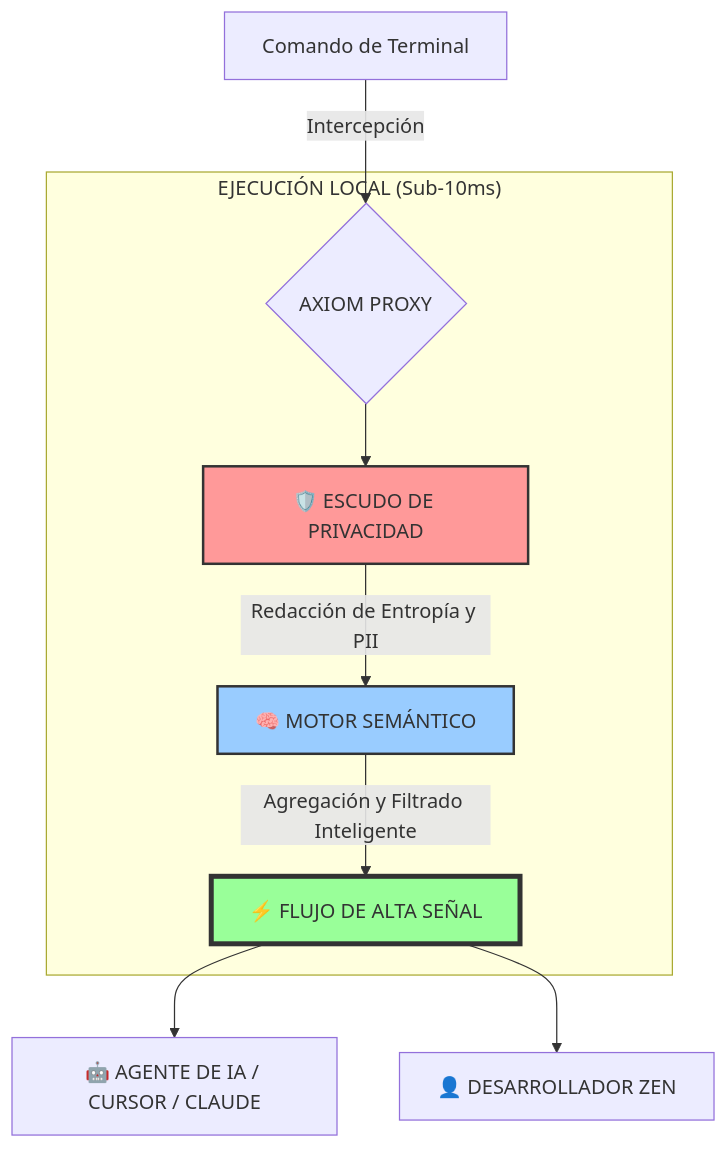
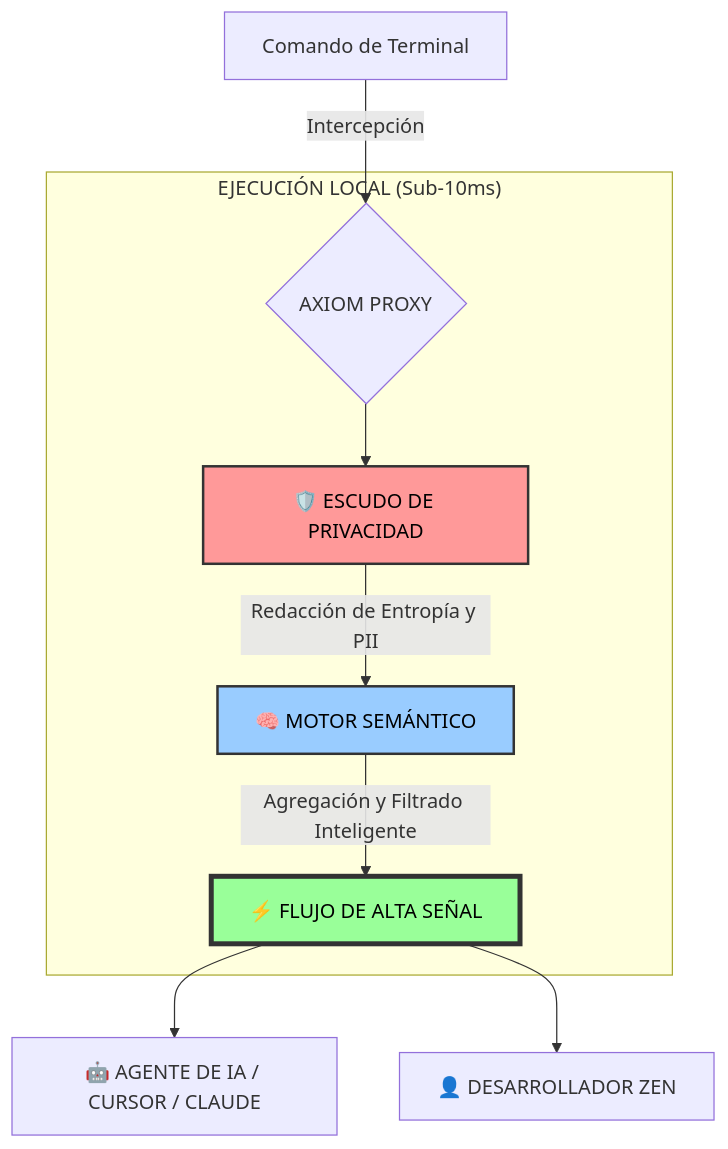
Before and after one commit to pinedamg/axiom-cli: the diagram in docs/es/README.md, drawn with Mermaid. The commit also changed 1 other file, not shown here.

Commit message:
Docs: Fix Mermaid accessibility for Dark Mode (Force text color to black on light backgrounds)

````diff
--- a/docs/es/README.md
+++ b/docs/es/README.md
@@ -25,17 +25,17 @@
 ```mermaid
 graph TD
     A[Comando de Terminal] -->|Intercepción| B{AXIOM PROXY}
     
     subgraph "EJECUCIÓN LOCAL (Sub-10ms)"
     B --> C[🛡️ ESCUDO DE PRIVACIDAD]
     C -->|Redacción de Entropía y PII| D[🧠 MOTOR SEMÁNTICO]
     D -->|Agregación y Filtrado Inteligente| E[⚡ FLUJO DE ALTA SEÑAL]
     end
     
     E --> F[🤖 AGENTE DE IA / CURSOR / CLAUDE]
     E --> G[👤 DESARROLLADOR ZEN]
 
-    style C fill:#ff9999,stroke:#333,stroke-width:2px
-    style D fill:#99ccff,stroke:#333,stroke-width:2px
-    style E fill:#99ff99,stroke:#333,stroke-width:4px
+    style C fill:#ff9999,stroke:#333,stroke-width:2px,color:#000
+    style D fill:#99ccff,stroke:#333,stroke-width:2px,color:#000
+    style E fill:#99ff99,stroke:#333,stroke-width:4px,color:#000
 ```
````
